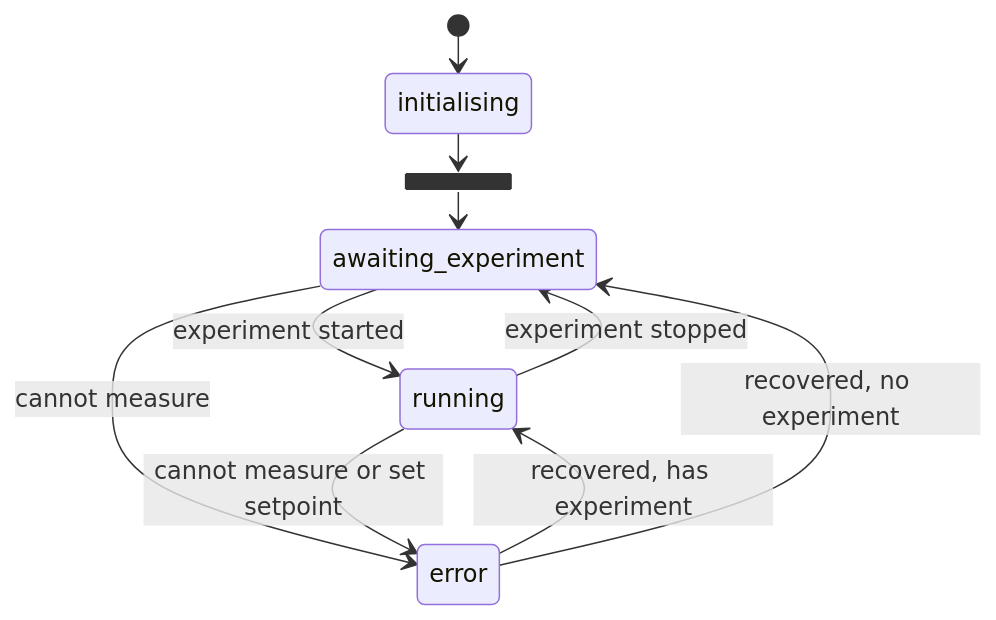
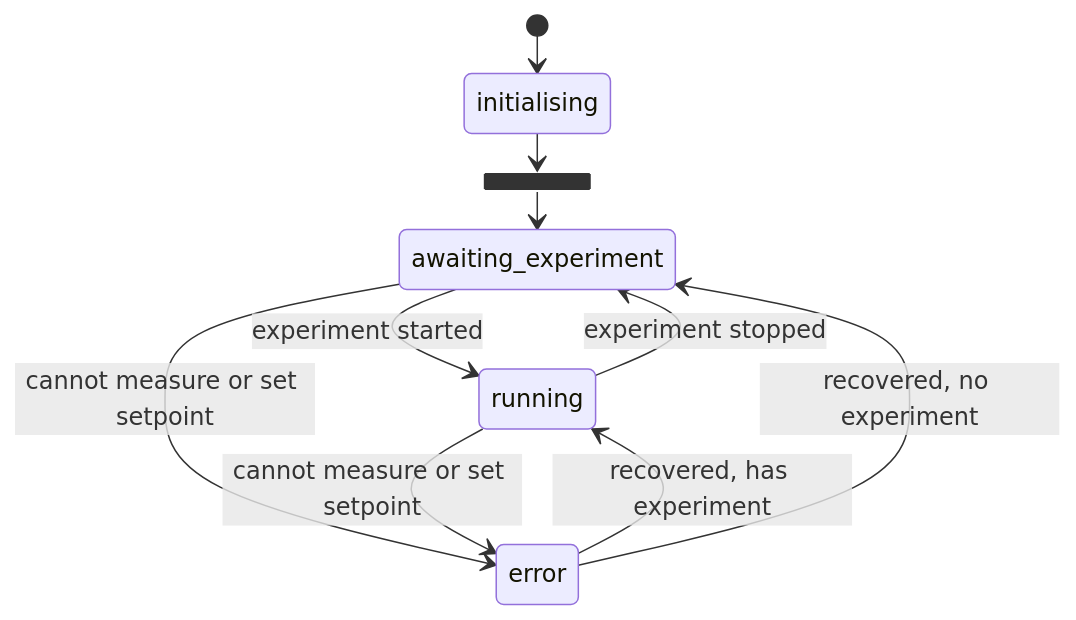
The third of 3 diagrams in firmware/README.md (comodo-lab/comodo), drawn with Mermaid before and after one commit. The commit also changed other lines of this file, not shown here.

````diff
--- a/firmware/README.md
+++ b/firmware/README.md
@@ -133,19 +142,19 @@
 ```mermaid
 %%{init: {"flowchart": {"nodeSpacing": 15, "rankSpacing": 25, "padding": 6}}}%%
 stateDiagram-v2
     state "initialising" as initialising
     state continue <<join>>
     state "awaiting_experiment" as waiting
     state "running" as running
     state "error" as error
 
     [*] --> initialising
     initialising --> continue
     continue -->waiting
     waiting --> running: experiment started
-    waiting --> error: cannot measure
+    waiting --> error: cannot measure or set setpoint
     running --> waiting: experiment stopped
     running --> error: cannot measure or set setpoint
     error --> running: recovered, has experiment
     error --> waiting: recovered, no experiment
 ```
````
